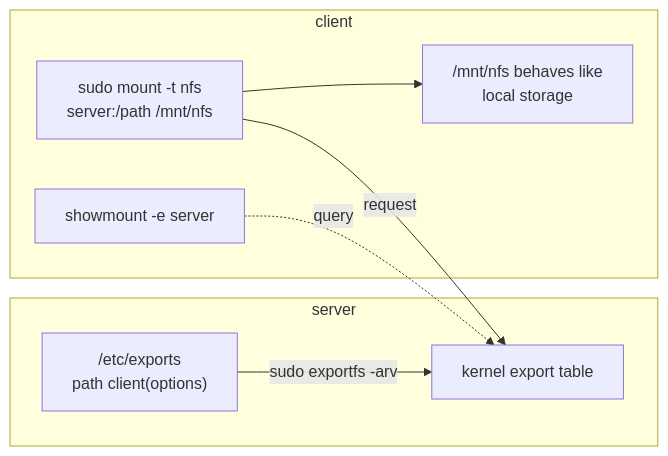
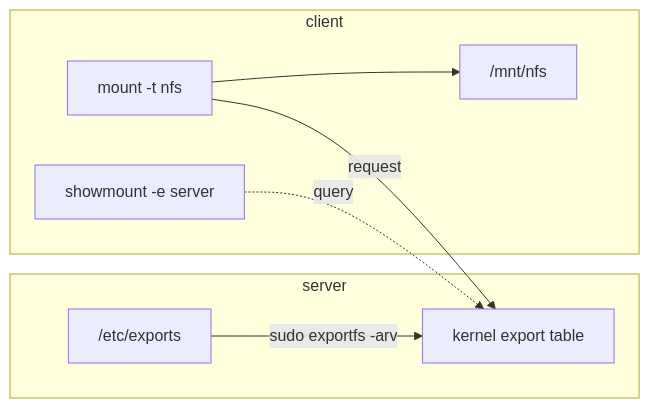
One commit to astrona-io/ATS004 changed the diagram in sections/section-020/module-02/course-01-client-server-and-exports.md. Above: the diagram before and after it, drawn with Mermaid. The commit also changed other lines of this file and 287 other files, not shown here.

````diff
--- a/sections/section-020/module-02/course-01-client-server-and-exports.md
+++ b/sections/section-020/module-02/course-01-client-server-and-exports.md
@@ -13,11 +11,11 @@
 ```mermaid
 flowchart LR
     subgraph Server["server"]
-        EX["/etc/exports<br/>path client(options)"] -->|"sudo exportfs -arv"| TAB["kernel export table"]
+        EX["/etc/exports"] -->|"sudo exportfs -arv"| TAB["kernel export table"]
     end
     subgraph Client["client"]
         SM["showmount -e server"] -.->|query| TAB
-        MT["sudo mount -t nfs<br/>server:/path /mnt/nfs"] -->|request| TAB
-        MT --> DATA["/mnt/nfs behaves like<br/>local storage"]
+        MT["mount -t nfs"] -->|"request"| TAB
+        MT --> DATA["/mnt/nfs"]
     end
 ```
````
